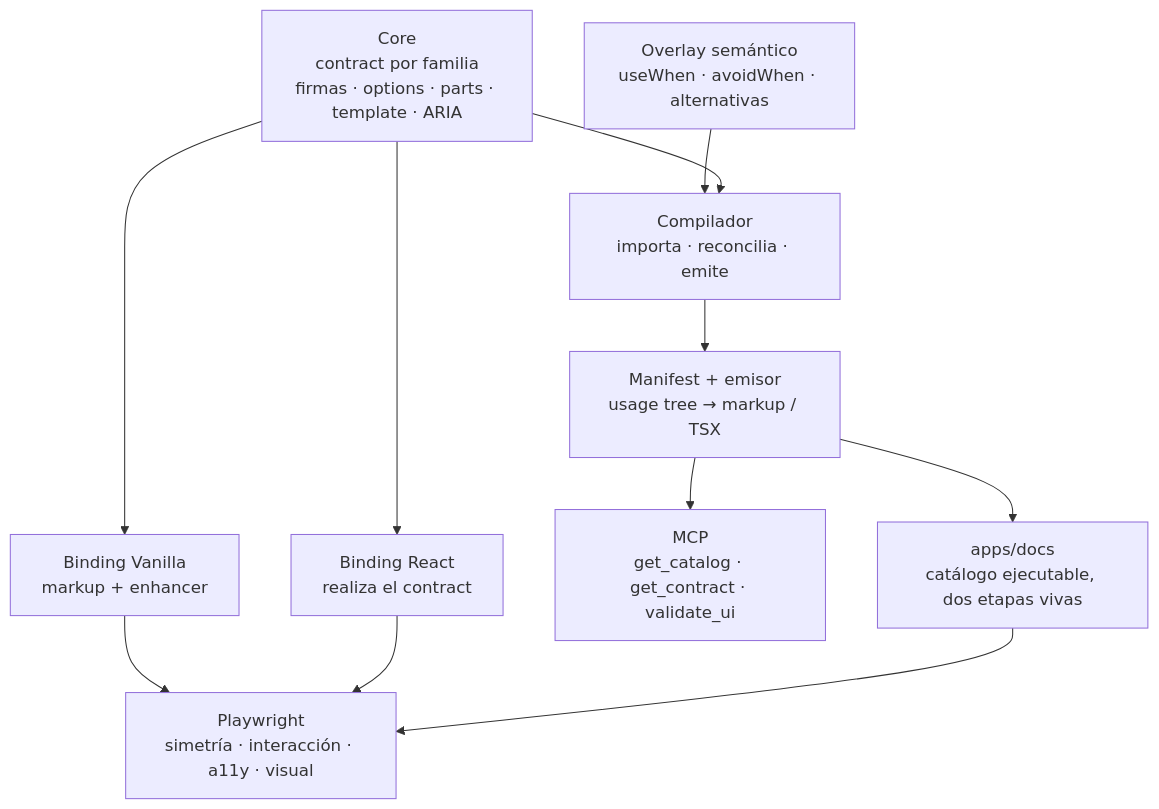
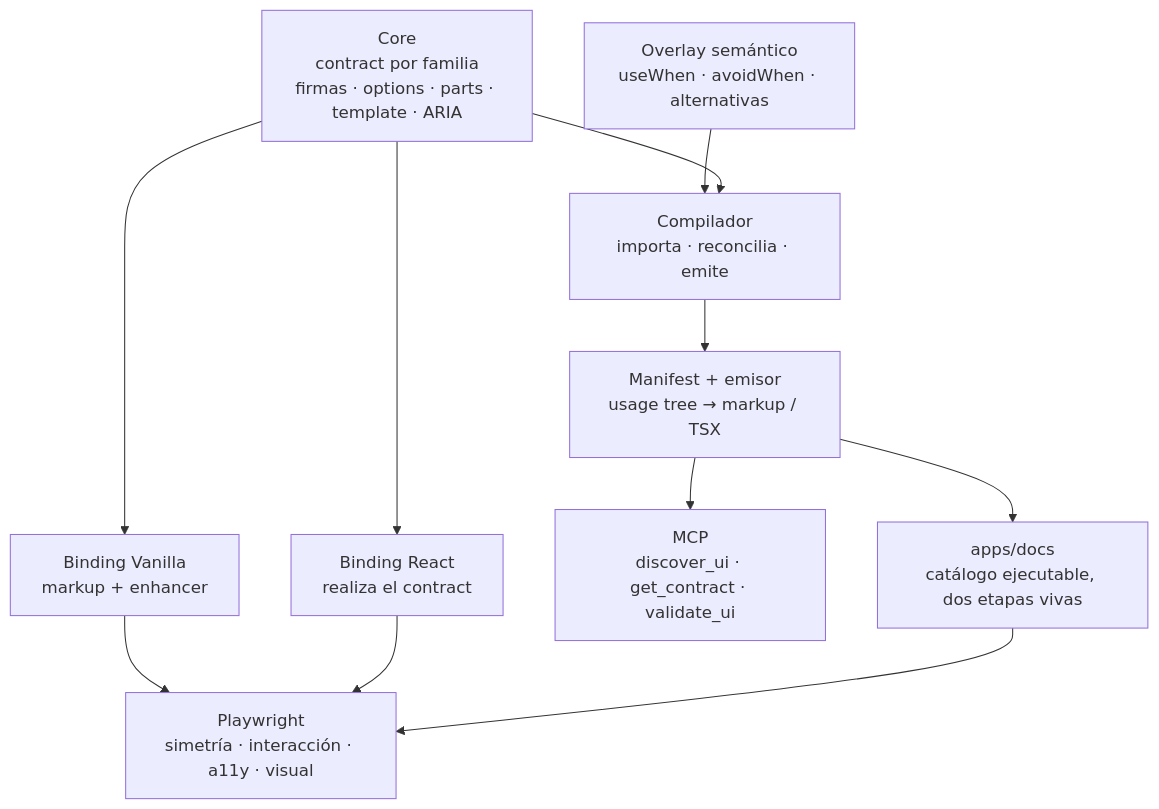
The diagram in docs/ai-ui-platform.md (Skryensya/skryensya-ui), drawn with Mermaid before and after one commit. The commit also changed other lines of this file and 6 other files, not shown here.

````diff
--- a/docs/ai-ui-platform.md
+++ b/docs/ai-ui-platform.md
@@ -23,23 +23,23 @@
 ```mermaid
 flowchart TB
     C["Core<br/>contract por familia<br/>firmas · options · parts · template · ARIA"]
     SO["Overlay semántico<br/>useWhen · avoidWhen · alternativas"]
     RB["Binding React<br/>realiza el contract"]
     VB["Binding Vanilla<br/>markup + enhancer"]
     MC["Compilador<br/>importa · reconcilia · emite"]
     MV["Manifest + emisor<br/>usage tree → markup / TSX"]
-    MCP["MCP<br/>get_catalog · get_contract · validate_ui"]
+    MCP["MCP<br/>discover_ui · get_contract · validate_ui"]
     DOCS["apps/docs<br/>catálogo ejecutable, dos etapas vivas"]
     PW["Playwright<br/>simetría · interacción · a11y · visual"]
 
     C --> RB
     C --> VB
     C --> MC
     SO --> MC
     MC --> MV
     MV --> MCP
     MV --> DOCS
     DOCS --> PW
     RB --> PW
     VB --> PW
 ```
````
